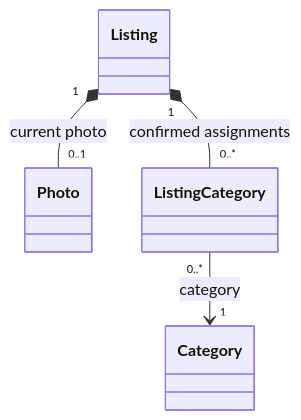
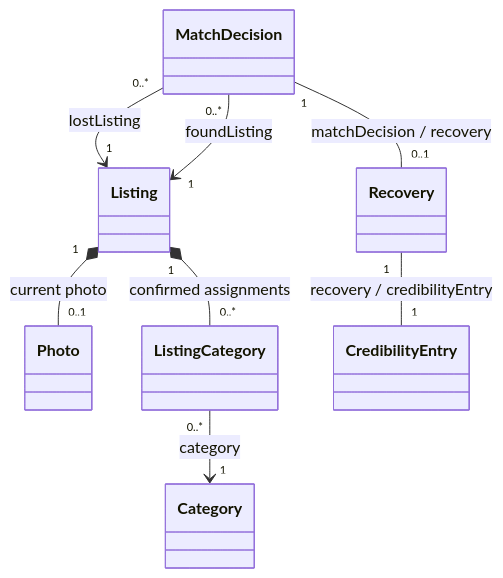
Before and after one commit to bogdan-spilevoi/ASET-master-year-1: the diagram in src/Services/Listings/SmartLost.ListingsService.Modeling/README.md, drawn with Mermaid. The commit also changed other lines of this file and 37 other files, not shown here.

````diff
--- a/src/Services/Listings/SmartLost.ListingsService.Modeling/README.md
+++ b/src/Services/Listings/SmartLost.ListingsService.Modeling/README.md
@@ -65,6 +67,10 @@
 ```mermaid
 classDiagram
     Listing "1" *-- "0..1" Photo : current photo
     Listing "1" *-- "0..*" ListingCategory : confirmed assignments
     ListingCategory "0..*" --> "1" Category : category
+    MatchDecision "0..*" --> "1" Listing : lostListing
+    MatchDecision "0..*" --> "1" Listing : foundListing
+    MatchDecision "1" -- "0..1" Recovery : matchDecision / recovery
+    Recovery "1" -- "1" CredibilityEntry : recovery / credibilityEntry
 ```
````
